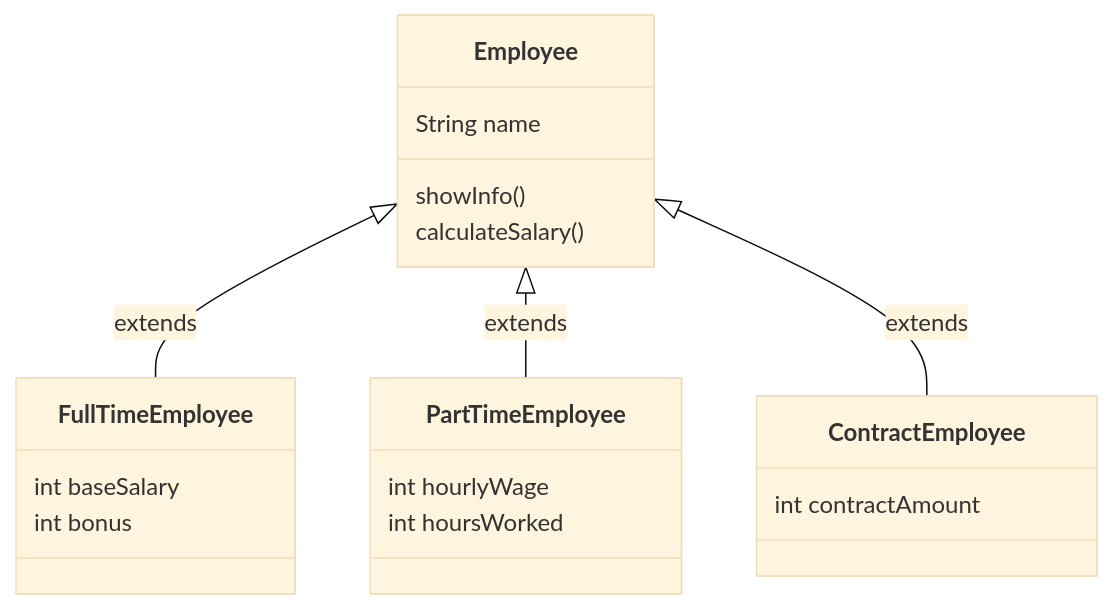
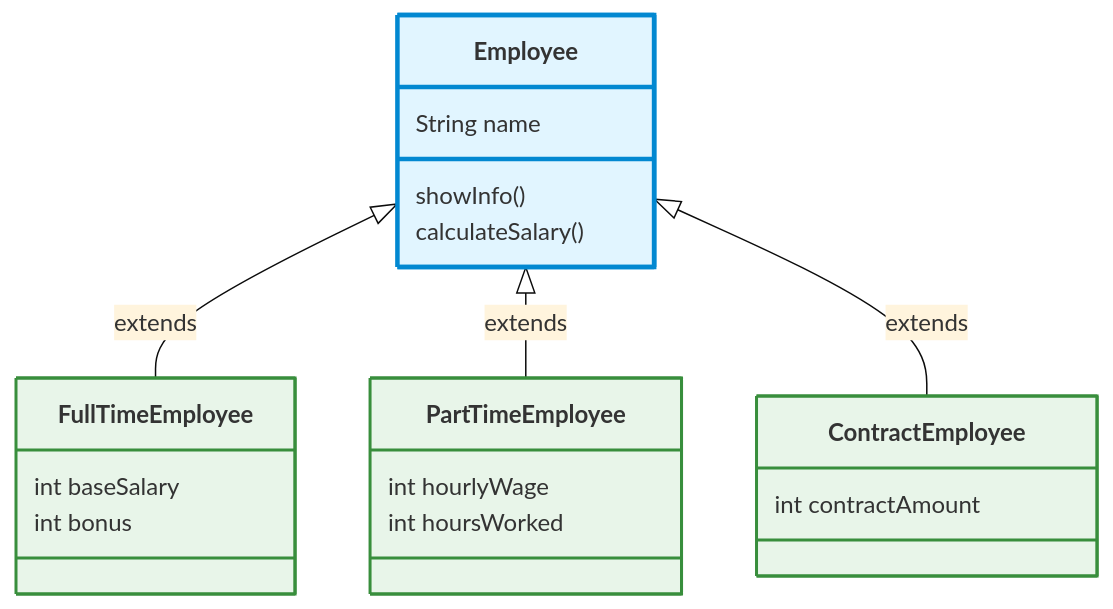
The diagram in docs/docs/java/oop/12_inheritance.mdx (hash52/programming-bootcamp), drawn with Mermaid (base theme) before and after one commit. The commit also changed 4 other files, not shown here.

First line of the commit message:
refactor: Java教材のmermaid図表を視認性向上のため最適化

````diff
--- a/docs/docs/java/oop/12_inheritance.mdx
+++ b/docs/docs/java/oop/12_inheritance.mdx
@@ -164,26 +164,31 @@
 ```mermaid
 classDiagram
     class Employee {
         String name
         showInfo()
         calculateSalary()
     }
 
     class FullTimeEmployee {
         int baseSalary
         int bonus
     }
 
     class PartTimeEmployee {
         int hourlyWage
         int hoursWorked
     }
 
     class ContractEmployee {
         int contractAmount
     }
 
     Employee <|-- FullTimeEmployee : extends
     Employee <|-- PartTimeEmployee : extends
     Employee <|-- ContractEmployee : extends
+
+    style Employee fill:#e1f5ff,stroke:#0288d1,stroke-width:3px
+    style FullTimeEmployee fill:#e8f5e9,stroke:#388e3c,stroke-width:2px
+    style PartTimeEmployee fill:#e8f5e9,stroke:#388e3c,stroke-width:2px
+    style ContractEmployee fill:#e8f5e9,stroke:#388e3c,stroke-width:2px
 ```
````
